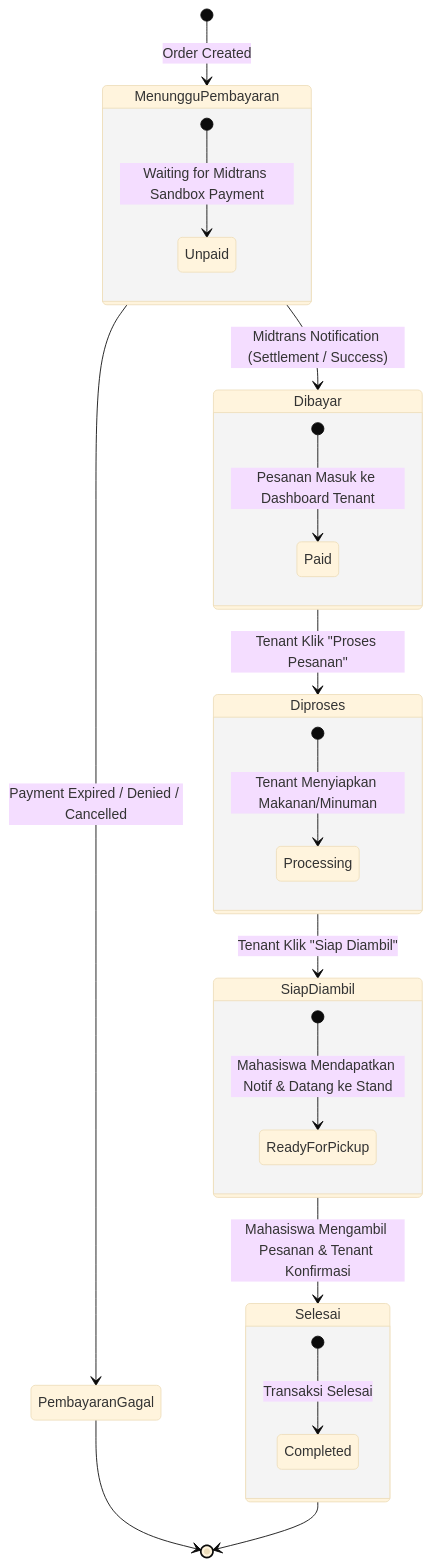
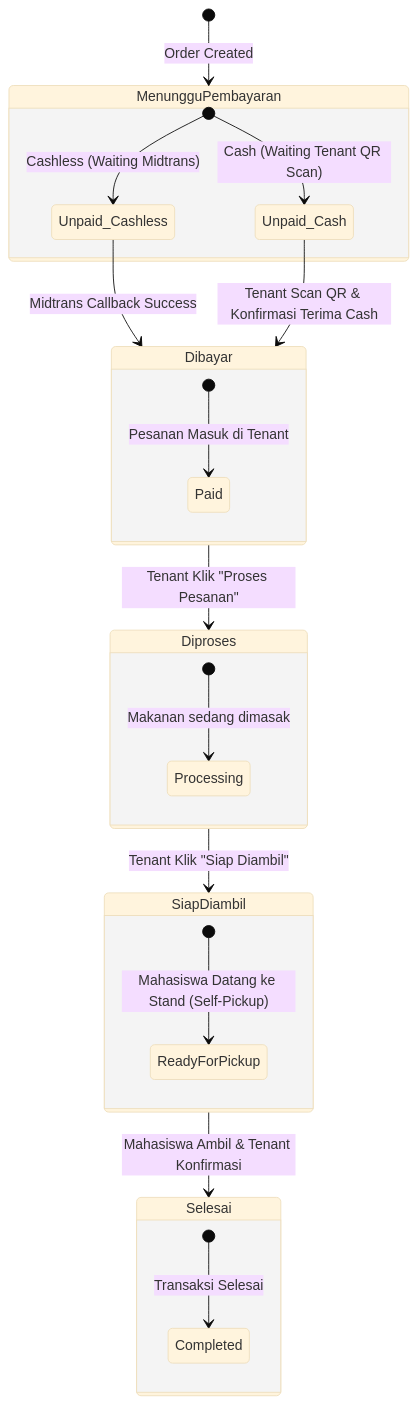
One commit to Hnzsama/smart_canteen changed the diagram in docs/10-status-order.md. Above: the diagram before and after it, drawn with Mermaid (base theme). The commit also changed other lines of this file and 190 other files, not shown here.

Commit message:
feat: complete project architecture, dual payment engine (cashless & cash QR scan), soft deletes, and full laravel codebase

````diff
--- a/docs/10-status-order.md
+++ b/docs/10-status-order.md
@@ -9,36 +7,34 @@
 ```mermaid
 stateDiagram-v2
     [*] --> MenungguPembayaran : Order Created
 
     state MenungguPembayaran {
-        [*] --> Unpaid : Waiting for Midtrans Sandbox Payment
+        [*] --> Unpaid_Cashless : Cashless (Waiting Midtrans)
+        [*] --> Unpaid_Cash : Cash (Waiting Tenant QR Scan)
     }
 
-    MenungguPembayaran --> Dibayar : Midtrans Notification (Settlement / Success)
-    MenungguPembayaran --> PembayaranGagal : Payment Expired / Denied / Cancelled
+    Unpaid_Cashless --> Dibayar : Midtrans Callback Success
+    Unpaid_Cash --> Dibayar : Tenant Scan QR & Konfirmasi Terima Cash
 
     state Dibayar {
-        [*] --> Paid : Pesanan Masuk ke Dashboard Tenant
+        [*] --> Paid : Pesanan Masuk di Tenant
     }
 
     Dibayar --> Diproses : Tenant Klik "Proses Pesanan"
 
     state Diproses {
-        [*] --> Processing : Tenant Menyiapkan Makanan/Minuman
+        [*] --> Processing : Makanan sedang dimasak
     }
 
     Diproses --> SiapDiambil : Tenant Klik "Siap Diambil"
 
     state SiapDiambil {
-        [*] --> ReadyForPickup : Mahasiswa Mendapatkan Notif & Datang ke Stand
+        [*] --> ReadyForPickup : Mahasiswa Datang ke Stand (Self-Pickup)
     }
 
-    SiapDiambil --> Selesai : Mahasiswa Mengambil Pesanan & Tenant Konfirmasi
+    SiapDiambil --> Selesai : Mahasiswa Ambil & Tenant Konfirmasi
 
     state Selesai {
         [*] --> Completed : Transaksi Selesai
     }
-
-    PembayaranGagal --> [*]
-    Selesai --> [*]
 ```
````
